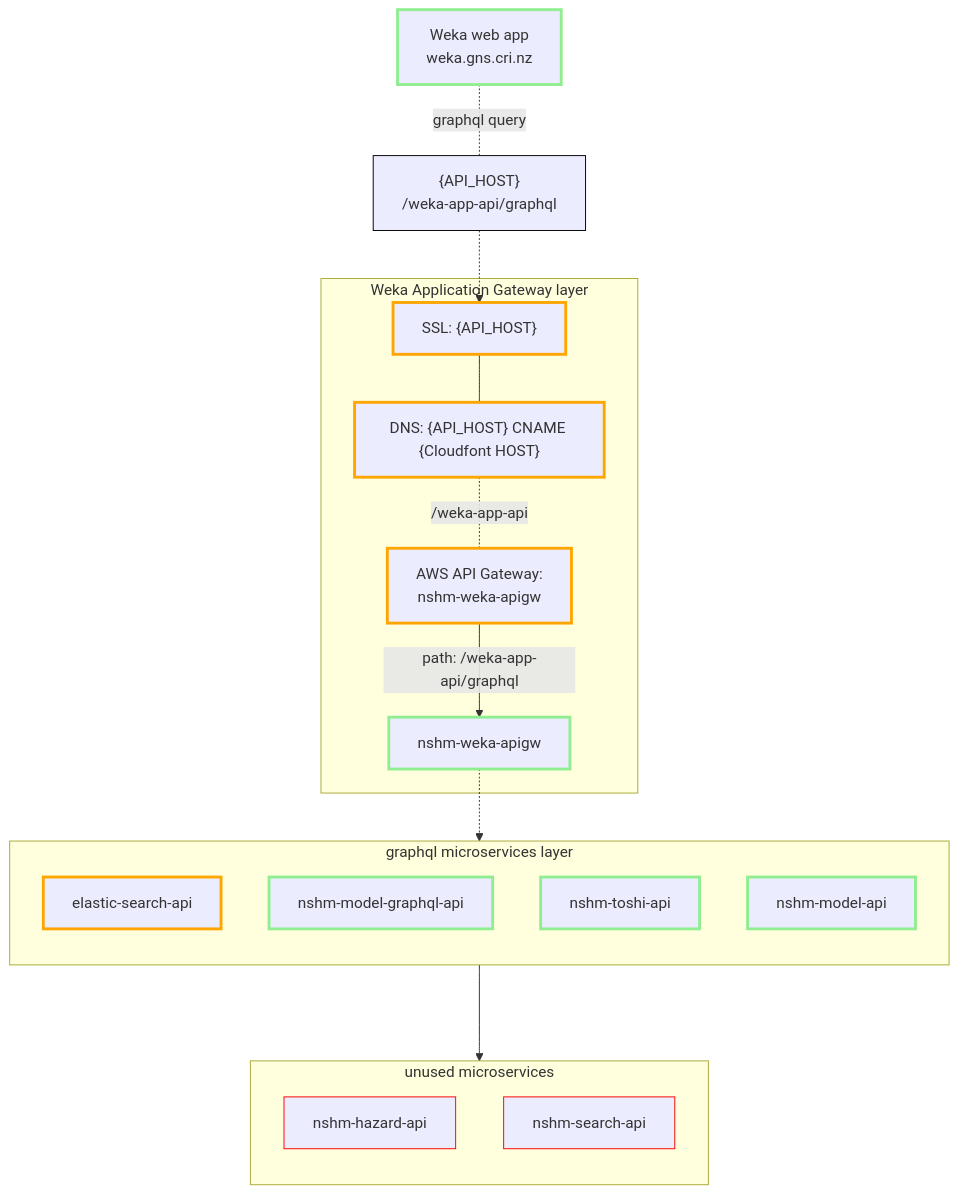
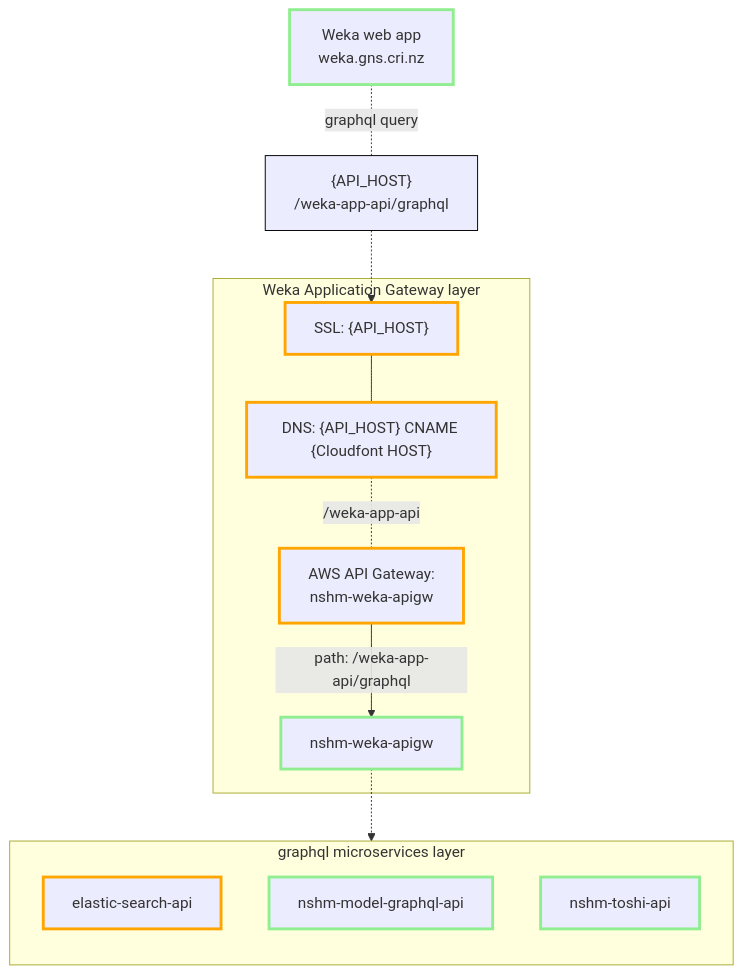
The diagram in docs/architecture/weka_deployment_stack.md (GNS-Science/nzshm-documentation), drawn with Mermaid before and after one commit. The commit also changed other lines of this file and 4 other files, not shown here.

````diff
--- a/docs/architecture/weka_deployment_stack.md
+++ b/docs/architecture/weka_deployment_stack.md
@@ -54,56 +50,47 @@
 ```mermaid
 graph TD
     classDef nshm stroke:lightgreen, stroke-width:3px
     classDef nshm-deprecated stroke:red, stroke-width:1px
 
     classDef AWS stroke:orange, stroke-width:3px
     classDef SVC stroke:powderblue, stroke-width:3px
     classDef note stroke:black, stroke-width:1px
     
     W["Weka web app
         weka.gns.cri.nz"]:::nshm
     NB3["{API_HOST}
         /weka-app-api/graphql"]:::note 
 
     subgraph GW["Weka Application Gateway layer"]
 
         SSL["SSL: {API_HOST}"]:::AWS
         
     CF["DNS: {API_HOST} CNAME {Cloudfont HOST}"]:::AWS
 
         CF -.-|/weka-app-api| C
 
         C["AWS API Gateway:
         nshm-weka-apigw"]:::AWS
         
         F2["nshm-weka-apigw"]:::nshm
 
         C -->|path: /weka-app-api/graphql| F2
 
     end
 
     SSL --- CF
 
     W -.-|graphql query| NB3 -.-> SSL
 
     subgraph SUP["graphql microservices layer"]
         direction TB
 
         ES_API[elastic-search-api]:::AWS
         S-API[nshm-model-graphql-api]:::nshm
         T-API[nshm-toshi-api]:::nshm
-        M-API[nshm-model-api]:::nshm
 
     end
 
-    subgraph DEP["unused microservices"]
-        direction TB
-
-        H-API[nshm-hazard-api]:::nshm-deprecated
-        Q-API[nshm-search-api]:::nshm-deprecated
-    end
-
     F2 -.-> SUP
-    SUP ---> DEP
 
 ```
````
